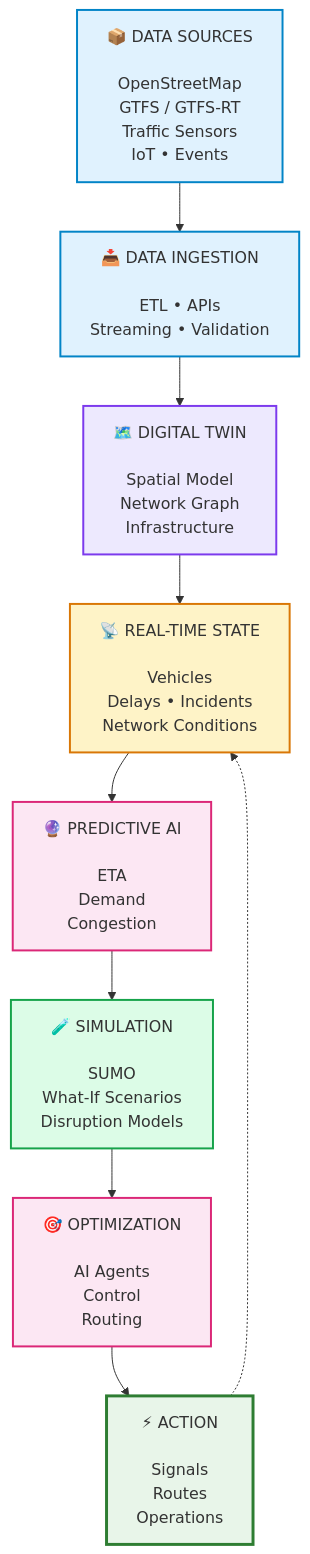
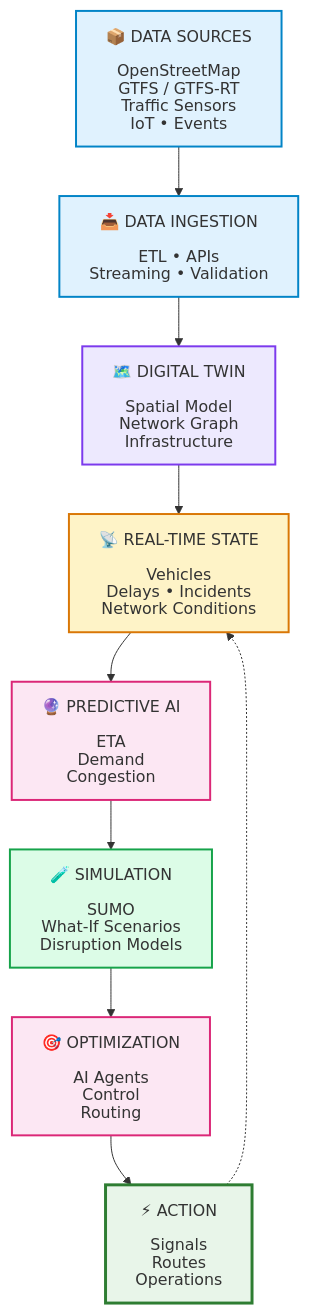
Before and after one commit to phamdps/transport-digital-twin: the fourth of 5 diagrams in README.md, drawn with Mermaid.

Commit message:
update pipeline

````diff
--- a/README.md
+++ b/README.md
@@ -398,44 +398,48 @@
 ```mermaid
+---
+config:
+  htmlLabels: false
+---
 flowchart TB
 
     DATA["📦 DATA SOURCES<br/><br/>OpenStreetMap<br/>GTFS / GTFS-RT<br/>Traffic Sensors<br/>IoT • Events"]
 
     INGEST["📥 DATA INGESTION<br/><br/>ETL • APIs<br/>Streaming • Validation"]
 
     TWIN["🗺️ DIGITAL TWIN<br/><br/>Spatial Model<br/>Network Graph<br/>Infrastructure"]
 
     STATE["📡 REAL-TIME STATE<br/><br/>Vehicles<br/>Delays • Incidents<br/>Network Conditions"]
 
     ML["🔮 PREDICTIVE AI<br/><br/>ETA<br/>Demand<br/>Congestion"]
 
     SIM["🧪 SIMULATION<br/><br/>SUMO<br/>What-If Scenarios<br/>Disruption Models"]
 
     OPT["🎯 OPTIMIZATION<br/><br/>AI Agents<br/>Control<br/>Routing"]
 
     ACTION["⚡ ACTION<br/><br/>Signals<br/>Routes<br/>Operations"]
 
     DATA --> INGEST
     INGEST --> TWIN
     TWIN --> STATE
     STATE --> ML
     ML --> SIM
     SIM --> OPT
     OPT --> ACTION
 
     ACTION -.-> STATE
 
     classDef data fill:#e0f2fe,stroke:#0284c7,stroke-width:2px;
     classDef twin fill:#ede9fe,stroke:#7c3aed,stroke-width:2px;
     classDef realtime fill:#fef3c7,stroke:#d97706,stroke-width:2px;
     classDef ai fill:#fce7f3,stroke:#db2777,stroke-width:2px;
     classDef sim fill:#dcfce7,stroke:#16a34a,stroke-width:2px;
     classDef action fill:#e8f5e9,stroke:#2e7d32,stroke-width:3px;
 
     class DATA,INGEST data;
     class TWIN twin;
     class STATE realtime;
     class ML ai;
     class SIM sim;
     class OPT ai;
     class ACTION action;
 ```
````
